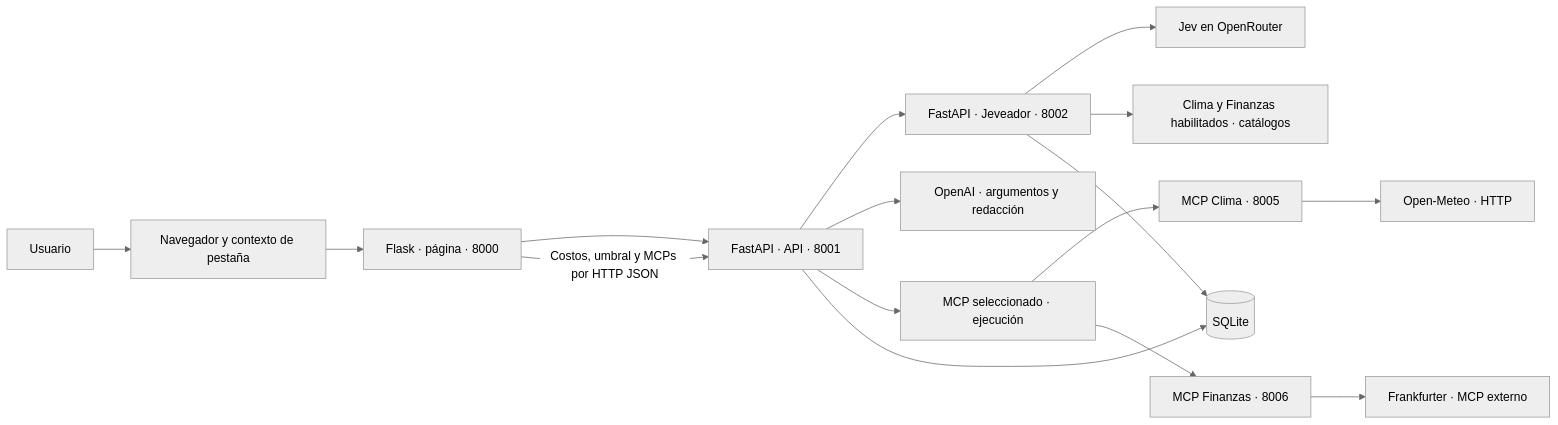
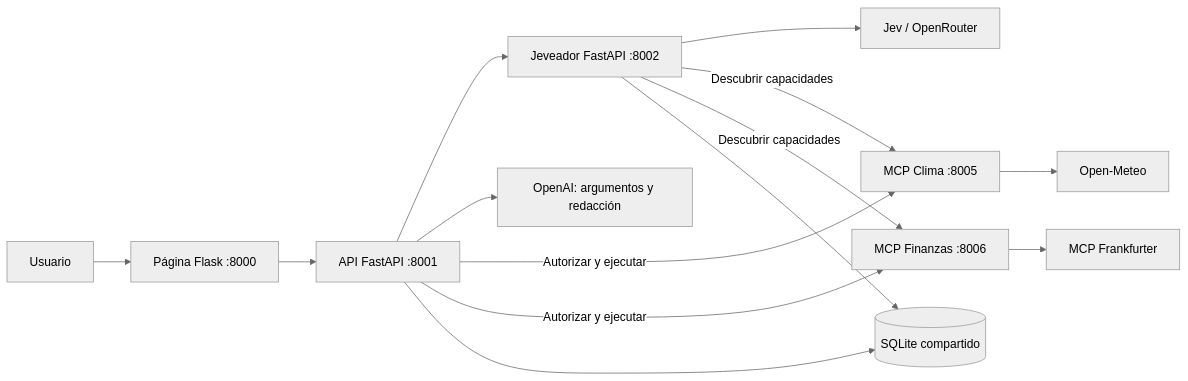
Before and after one commit to braulito/jevraulio: the diagram in README.md, drawn with Mermaid (neutral theme). The commit also changed other lines of this file and 201 other files, not shown here.

````diff
--- a/README.md
+++ b/README.md
@@ -148,18 +23,16 @@
-```mermaid
+~~~mermaid
 flowchart LR
-    U[Usuario] --> B[Navegador y contexto de pestaña]
-    B --> P[Flask · página · 8000]
-    P --> A[FastAPI · API · 8001]
-    A --> J[FastAPI · Jeveador · 8002]
-    J --> V[Jev en OpenRouter]
-    J --> M[Clima y Finanzas habilitados · catálogos]
-    A --> L[OpenAI · argumentos y redacción]
-    A --> E[MCP seleccionado · ejecución]
-    E --> C[MCP Clima · 8005]
-    E --> F[MCP Finanzas · 8006]
-    C --> O[Open-Meteo · HTTP]
-    F --> R[Frankfurter · MCP externo]
-    A --> D[(SQLite)]
+    U[Usuario] --> P[Página Flask :8000]
+    P --> A[API FastAPI :8001]
+    A --> J[Jeveador FastAPI :8002]
+    J --> V[Jev / OpenRouter]
+    J -->|Descubrir capacidades| C[MCP Clima :8005]
+    J -->|Descubrir capacidades| F[MCP Finanzas :8006]
+    A --> L[OpenAI: argumentos y redacción]
+    A -->|Autorizar y ejecutar| C
+    A -->|Autorizar y ejecutar| F
+    C --> O[Open-Meteo]
+    F --> R[MCP Frankfurter]
+    A --> D[(SQLite compartido)]
     J --> D
-    P -->|Costos, umbral y MCPs por HTTP JSON| A
-```
+~~~
````
